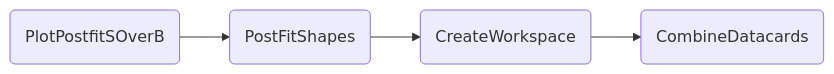
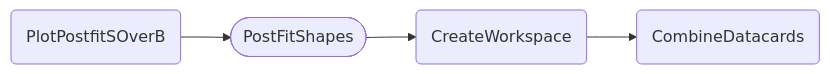
The diagram in docs/content/tasks/postfit.md (cms-hh/inference_tools), drawn with Mermaid before and after one commit. The commit also changed other lines of this file and 6 other files, not shown here.

Commit message:
Mark workflows in docs dependency graphs.

````diff
--- a/docs/content/tasks/postfit.md
+++ b/docs/content/tasks/postfit.md
@@ -26,6 +26,6 @@
 ```mermaid
     graph LR;
-    A(PlotPostfitSOverB) --> B(PostFitShapes);
+    A(PlotPostfitSOverB) --> B([PostFitShapes]);
     B --> C(CreateWorkspace);
     C --> D(CombineDatacards);
 ```
````
